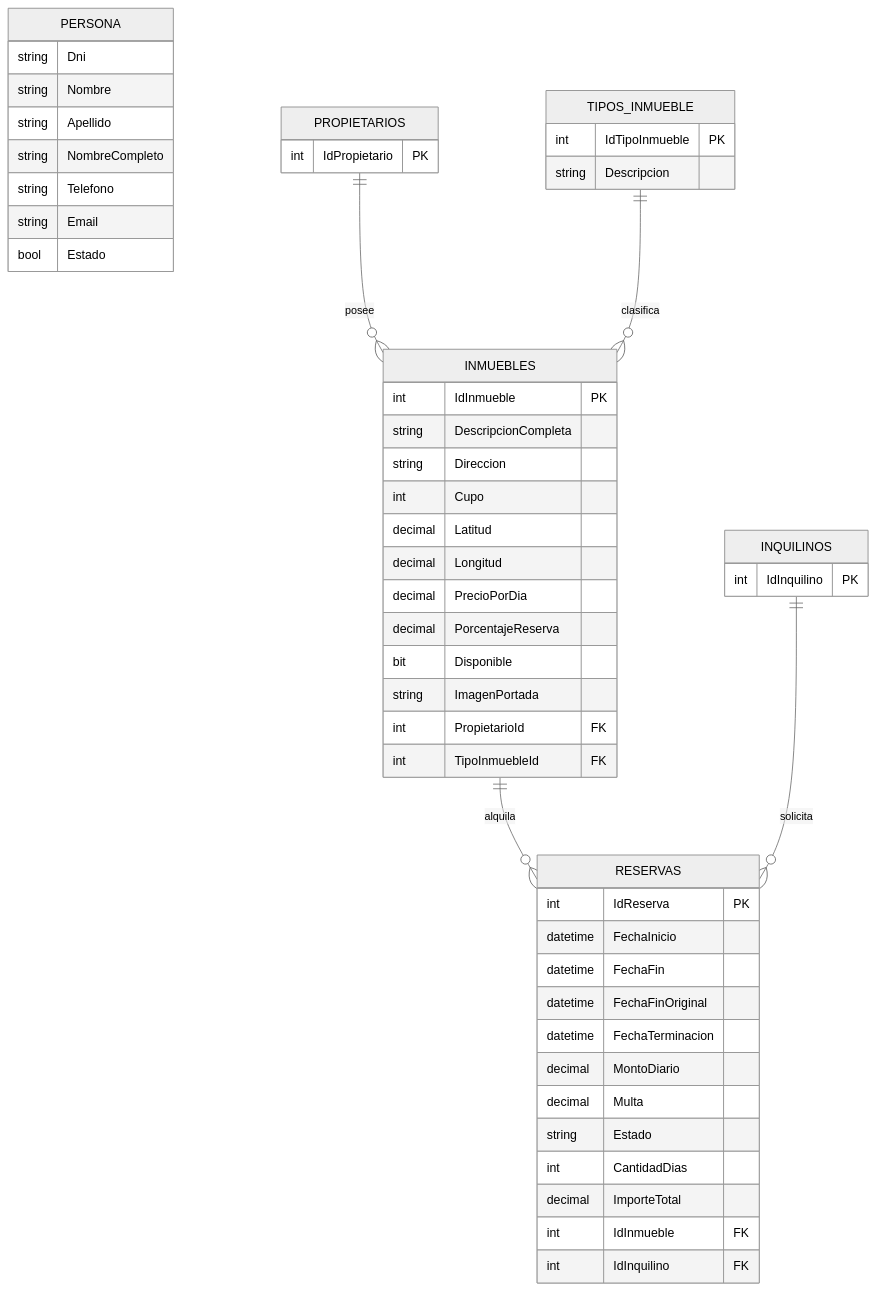
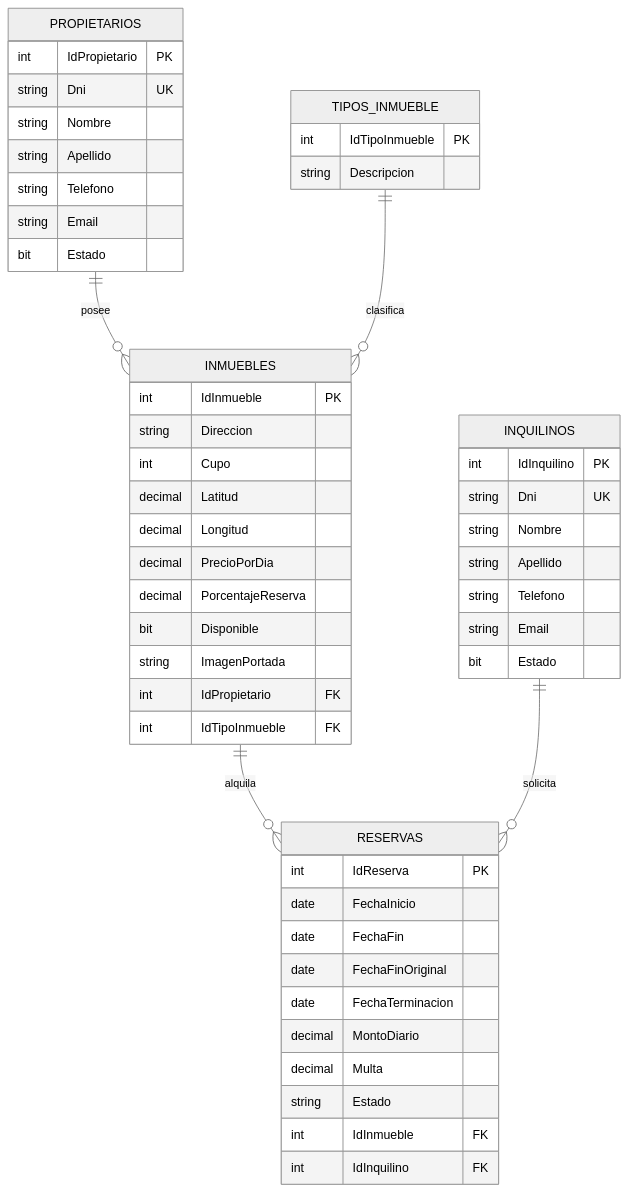
Before and after one commit to Eros23z/InmobiliariaULP: the diagram in README.md, drawn with Mermaid (neutral theme).

Commit message:
Correcciones en el readme.md

````diff
--- a/README.md
+++ b/README.md
@@ -22,60 +22,59 @@
 ```mermaid
 erDiagram
-    PERSONA {
-        string Dni
+    PROPIETARIOS {
+        int IdPropietario PK
+        string Dni UK
         string Nombre
         string Apellido
-        string NombreCompleto
         string Telefono
         string Email
-        bool Estado
-    }
-    PROPIETARIOS {
-        int IdPropietario PK
+        bit Estado
     }
 
     INQUILINOS {
         int IdInquilino PK
+        string Dni UK
+        string Nombre
+        string Apellido
+        string Telefono
+        string Email
+        bit Estado
     }
 
     TIPOS_INMUEBLE {
         int IdTipoInmueble PK
         string Descripcion
     }
 
     INMUEBLES {
         int IdInmueble PK
-        string DescripcionCompleta
         string Direccion
         int Cupo
         decimal Latitud
         decimal Longitud
         decimal PrecioPorDia
         decimal PorcentajeReserva
         bit Disponible
         string ImagenPortada
-        int PropietarioId FK
-        int TipoInmuebleId FK
+        int IdPropietario FK
+        int IdTipoInmueble FK
     }
 
     RESERVAS {
         int IdReserva PK
-        datetime FechaInicio
-        datetime FechaFin
-        datetime FechaFinOriginal
-        datetime FechaTerminacion
+        date FechaInicio
+        date FechaFin
+        date FechaFinOriginal
+        date FechaTerminacion
         decimal MontoDiario
         decimal Multa
         string Estado
-        int CantidadDias
-        decimal ImporteTotal
         int IdInmueble FK
         int IdInquilino FK
     }
-
 
     PROPIETARIOS ||--o{ INMUEBLES : posee
     TIPOS_INMUEBLE ||--o{ INMUEBLES : clasifica
     INMUEBLES ||--o{ RESERVAS : alquila
     INQUILINOS ||--o{ RESERVAS : solicita
 ```
````
